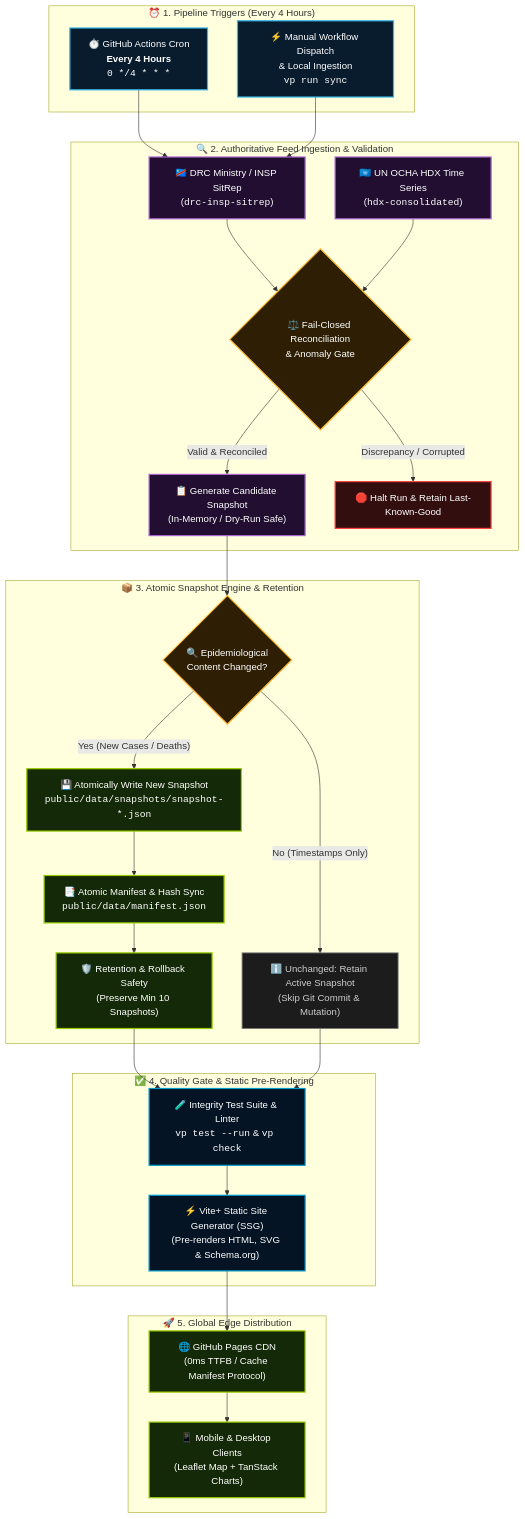
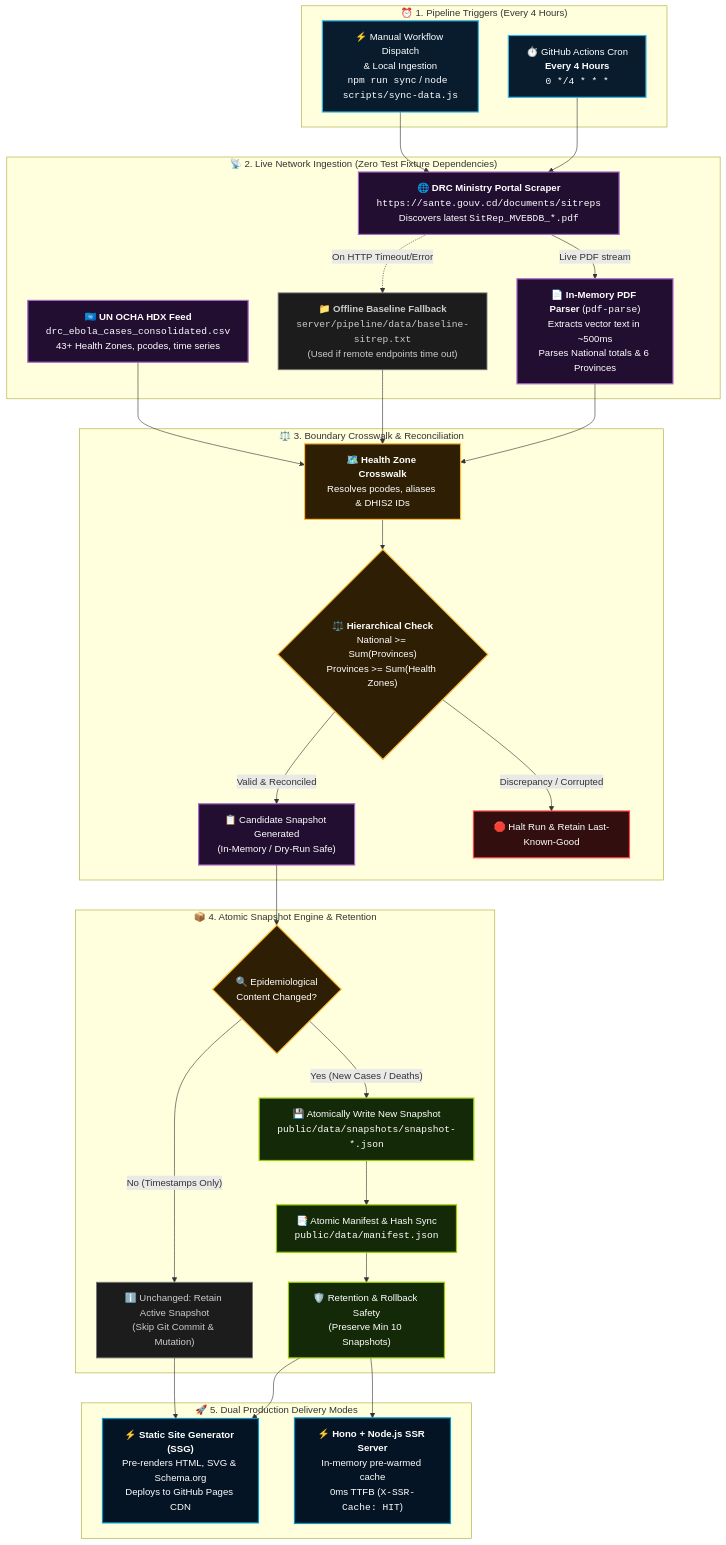
Before and after one commit to FottyM/ebola-tracker: the diagram in README.md, drawn with Mermaid. The commit also changed other lines of this file, not shown here.

Commit message:
docs: update README with live ingestion architecture and server baseline fallback

````diff
--- a/README.md
+++ b/README.md
@@ -74,67 +74,70 @@
 ```mermaid
 flowchart TD
     subgraph Trigger ["⏰ 1. Pipeline Triggers (Every 4 Hours)"]
         Cron["⏱️ GitHub Actions Cron<br/><b>Every 4 Hours</b><br/><code>0 */4 * * *</code>"]
-        Dispatch["⚡ Manual Workflow Dispatch<br/>& Local Ingestion<br/><code>vp run sync</code>"]
+        Dispatch["⚡ Manual Workflow Dispatch<br/>& Local Ingestion<br/><code>npm run sync</code> / <code>node scripts/sync-data.js</code>"]
     end
 
-    subgraph Ingestion ["🔍 2. Authoritative Feed Ingestion & Validation"]
-        FetchDRC["🇨🇩 DRC Ministry / INSP SitRep<br/>(<code>drc-insp-sitrep</code>)"]
-        FetchHDX["🇺🇳 UN OCHA HDX Time Series<br/>(<code>hdx-consolidated</code>)"]
-        Reconcile{"⚖️ Fail-Closed Reconciliation<br/>& Anomaly Gate"}
-        Candidate["📋 Generate Candidate Snapshot<br/>(In-Memory / Dry-Run Safe)"]
+    subgraph DynamicIngestion ["📡 2. Live Network Ingestion (Zero Test Fixture Dependencies)"]
+        FetchPortal["🌐 <b>DRC Ministry Portal Scraper</b><br/><code>https://sante.gouv.cd/documents/sitreps</code><br/>Discovers latest <code>SitRep_MVEBDB_*.pdf</code>"]
+        ParsePDF["📄 <b>In-Memory PDF Parser</b> (<code>pdf-parse</code>)<br/>Extracts vector text in ~500ms<br/>Parses National totals & 6 Provinces"]
+        FetchHDX["🇺🇳 <b>UN OCHA HDX Feed</b><br/><code>drc_ebola_cases_consolidated.csv</code><br/>43+ Health Zones, pcodes, time series"]
+        Fallback["📁 <b>Offline Baseline Fallback</b><br/><code>server/pipeline/data/baseline-sitrep.txt</code><br/>(Used if remote endpoints time out)"]
+    end
+
+    subgraph ValidationEngine ["⚖️ 3. Boundary Crosswalk & Reconciliation"]
+        Crosswalk["🗺️ <b>Health Zone Crosswalk</b><br/>Resolves pcodes, aliases & DHIS2 IDs"]
+        Reconcile{"⚖️ <b>Hierarchical Check</b><br/>National >= Sum(Provinces)<br/>Provinces >= Sum(Health Zones)"}
+        Candidate["📋 Candidate Snapshot Generated<br/>(In-Memory / Dry-Run Safe)"]
         Halt["🛑 Halt Run & Retain Last-Known-Good"]
     end
 
-    subgraph StorageEngine ["📦 3. Atomic Snapshot Engine & Retention"]
+    subgraph StorageEngine ["📦 4. Atomic Snapshot Engine & Retention"]
         Diff{"🔍 Epidemiological<br/>Content Changed?"}
         Store["💾 Atomically Write New Snapshot<br/><code>public/data/snapshots/snapshot-*.json</code>"]
         Manifest["📑 Atomic Manifest & Hash Sync<br/><code>public/data/manifest.json</code>"]
         Retain["🛡️ Retention & Rollback Safety<br/>(Preserve Min 10 Snapshots)"]
         Noop["ℹ️ Unchanged: Retain Active Snapshot<br/>(Skip Git Commit & Mutation)"]
     end
 
-    subgraph QualityGate ["✅ 4. Quality Gate & Static Pre-Rendering"]
-        CodeQuality["🧪 Integrity Test Suite & Linter<br/><code>vp test --run</code> & <code>vp check</code>"]
-        SSGBuild["⚡ Vite+ Static Site Generator (SSG)<br/>(Pre-renders HTML, SVG & Schema.org)"]
+    subgraph Delivery ["🚀 5. Dual Production Delivery Modes"]
+        SSGBuild["⚡ <b>Static Site Generator (SSG)</b><br/>Pre-renders HTML, SVG & Schema.org<br/>Deploys to GitHub Pages CDN"]
+        SSRServer["⚡ <b>Hono + Node.js SSR Server</b><br/>In-memory pre-warmed cache<br/>0ms TTFB (<code>X-SSR-Cache: HIT</code>)"]
     end
 
-    subgraph Delivery ["🚀 5. Global Edge Distribution"]
-        Pages["🌐 GitHub Pages CDN<br/>(0ms TTFB / Cache Manifest Protocol)"]
-        Client["📱 Mobile & Desktop Clients<br/>(Leaflet Map + TanStack Charts)"]
-    end
-
-    Cron --> FetchDRC
-    Dispatch --> FetchDRC
-    FetchDRC --> Reconcile
-    FetchHDX --> Reconcile
+    Cron --> FetchPortal
+    Dispatch --> FetchPortal
+    FetchPortal -->|Live PDF stream| ParsePDF
+    FetchPortal -.->|On HTTP Timeout/Error| Fallback
+    ParsePDF --> Crosswalk
+    Fallback --> Crosswalk
+    FetchHDX --> Crosswalk
+    Crosswalk --> Reconcile
     Reconcile -- "Valid & Reconciled" --> Candidate
     Reconcile -- "Discrepancy / Corrupted" --> Halt
     Candidate --> Diff
     Diff -- "Yes (New Cases / Deaths)" --> Store
     Diff -- "No (Timestamps Only)" --> Noop
     Store --> Manifest
     Manifest --> Retain
-    Retain --> CodeQuality
-    Noop --> CodeQuality
-    CodeQuality --> SSGBuild
-    SSGBuild --> Pages
-    Pages --> Client
+    Retain --> SSGBuild
+    Retain --> SSRServer
+    Noop --> SSGBuild
 
     classDef holoBlue fill:#081c2e,stroke:#33b5e5,stroke-width:2px,color:#ffffff;
     classDef holoDarkBlue fill:#051424,stroke:#0099cc,stroke-width:2px,color:#ffffff;
     classDef holoPurple fill:#210e30,stroke:#aa66cc,stroke-width:2px,color:#ffffff;
     classDef holoGreen fill:#142907,stroke:#99cc00,stroke-width:2px,color:#ffffff;
     classDef holoOrange fill:#2e1f04,stroke:#ffbb33,stroke-width:2px,color:#ffffff;
     classDef holoRed fill:#330e0e,stroke:#ff4444,stroke-width:2px,color:#ffffff;
     classDef holoGray fill:#1c1c1c,stroke:#777777,stroke-width:1.5px,color:#cccccc;
 
     class Cron,Dispatch holoBlue;
-    class FetchDRC,FetchHDX,Candidate holoPurple;
-    class Diff,Reconcile holoOrange;
+    class FetchPortal,ParsePDF,FetchHDX,Candidate holoPurple;
+    class Fallback holoGray;
+    class Diff,Reconcile,Crosswalk holoOrange;
     class Store,Manifest,Retain holoGreen;
-    class CodeQuality,SSGBuild holoDarkBlue;
-    class Pages,Client holoGreen;
+    class SSGBuild,SSRServer holoDarkBlue;
     class Halt holoRed;
     class Noop holoGray;
 ```
````
